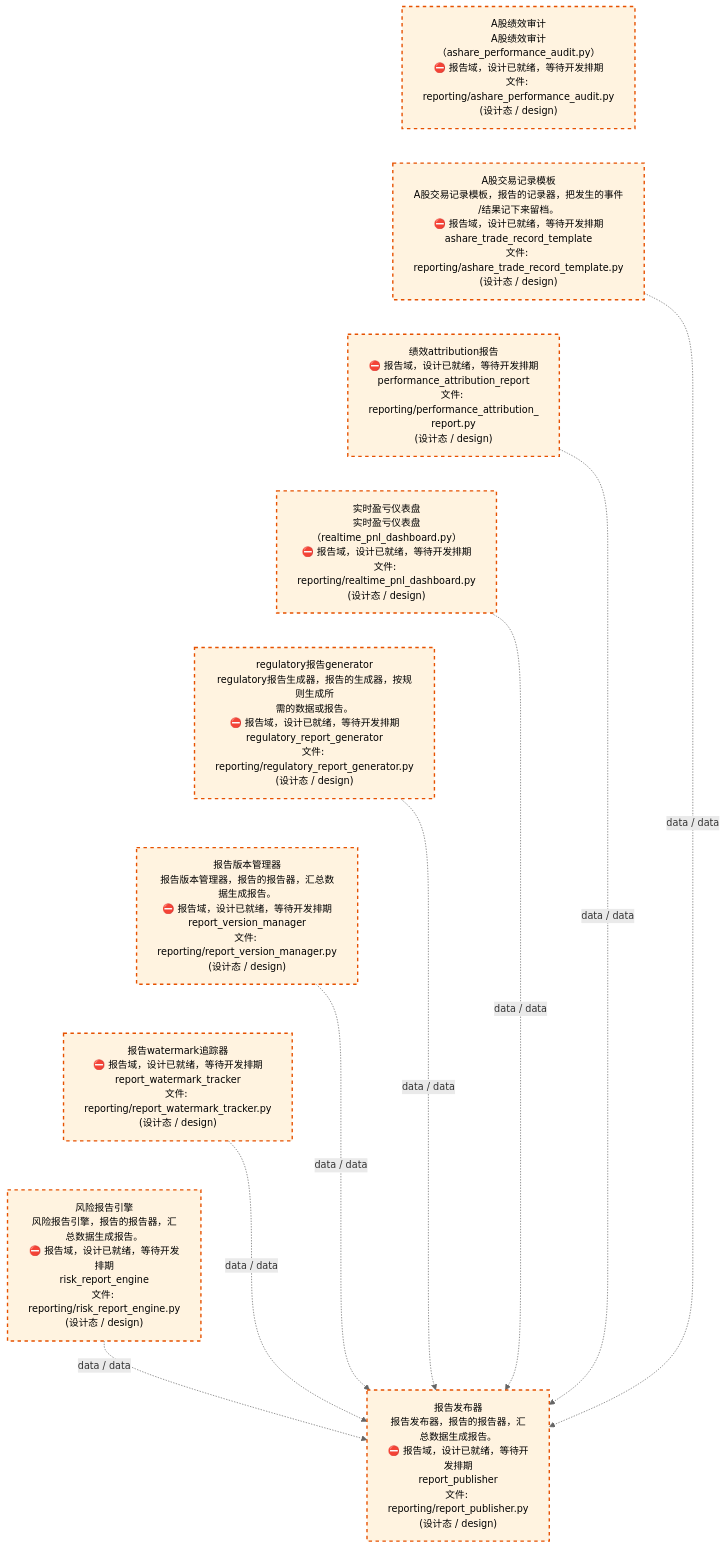
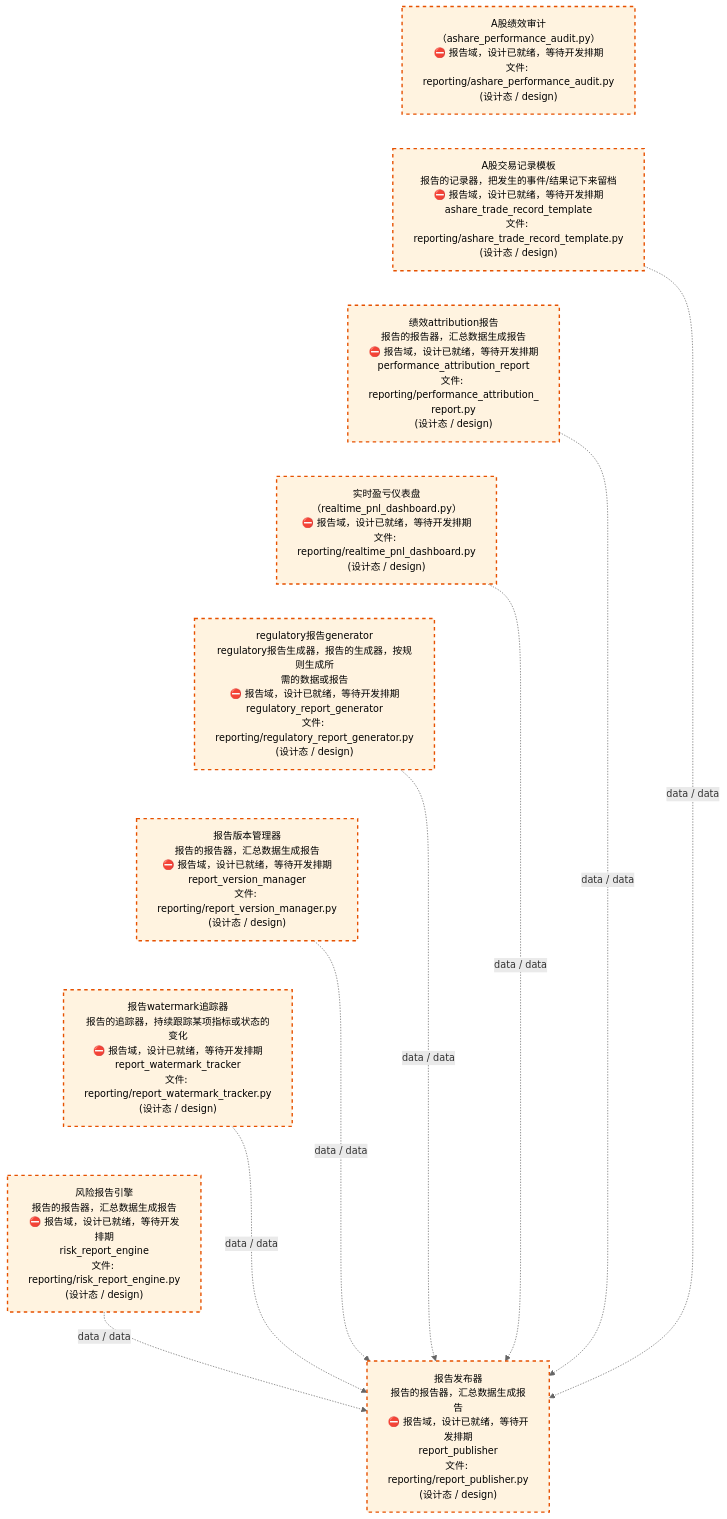
One commit to xuanFelixVan/ZephyrAlpha changed the third of 4 diagrams in docs/02_enterprise_architecture/02_domain_architecture_docs/26_d_reporting.md. Above: the diagram before and after it, drawn with Mermaid. The commit also changed other lines of this file and 63 other files, not shown here.

````diff
--- a/docs/02_enterprise_architecture/02_domain_architecture_docs/26_d_reporting.md
+++ b/docs/02_enterprise_architecture/02_domain_architecture_docs/26_d_reporting.md
@@ -137,32 +137,32 @@
 ```mermaid
 %%{init: {'theme': 'base', 'themeVariables': {'primaryColor': '#eaeaea', 'primaryTextColor': '#333333', 'primaryBorderColor': '#666666', 'lineColor': '#666666', 'secondaryColor': '#eaeaea', 'tertiaryColor': '#eaeaea', 'fontSize': '14px'}}}%%
 flowchart TD
-    src_zephyr_reporting_ashare_performance_audit_py["A股绩效审计<br/>A股绩效审计（ashare_performance_audit.py）<br/>⛔ 报告域，设计已就绪，等待开发排期<br/>文件: reporting/ashare_performance_audit.py<br/>(设计态 / design)"]
-    src_zephyr_reporting_ashare_trade_record_template_py["A股交易记录模板<br/>A股交易记录模板，报告的记录器，把发生的事件<br/>/结果记下来留档。<br/>⛔ 报告域，设计已就绪，等待开发排期<br/>ashare_trade_record_template<br/>文件: reporting/ashare_trade_record_template.py<br/>(设计态 / design)"]
-    src_zephyr_reporting_performance_attribution_report_py["绩效attribution报告<br/>⛔ 报告域，设计已就绪，等待开发排期<br/>performance_attribution_report<br/>文件: reporting/performance_attribution_<br/>report.py<br/>(设计态 / design)"]
-    src_zephyr_reporting_realtime_pnl_dashboard_py["实时盈亏仪表盘<br/>实时盈亏仪表盘（realtime_pnl_dashboard.py）<br/>⛔ 报告域，设计已就绪，等待开发排期<br/>文件: reporting/realtime_pnl_dashboard.py<br/>(设计态 / design)"]
-    src_zephyr_reporting_regulatory_report_generator_py["regulatory报告generator<br/>regulatory报告生成器，报告的生成器，按规则生成所<br/>需的数据或报告。<br/>⛔ 报告域，设计已就绪，等待开发排期<br/>regulatory_report_generator<br/>文件: reporting/regulatory_report_generator.py<br/>(设计态 / design)"]
-    src_zephyr_reporting_report_version_manager_py["报告版本管理器<br/>报告版本管理器，报告的报告器，汇总数据生成报告。<br/>⛔ 报告域，设计已就绪，等待开发排期<br/>report_version_manager<br/>文件: reporting/report_version_manager.py<br/>(设计态 / design)"]
-    src_zephyr_reporting_report_watermark_tracker_py["报告watermark追踪器<br/>⛔ 报告域，设计已就绪，等待开发排期<br/>report_watermark_tracker<br/>文件: reporting/report_watermark_tracker.py<br/>(设计态 / design)"]
-    src_zephyr_reporting_risk_report_engine_py["风险报告引擎<br/>风险报告引擎，报告的报告器，汇总数据生成报告。<br/>⛔ 报告域，设计已就绪，等待开发排期<br/>risk_report_engine<br/>文件: reporting/risk_report_engine.py<br/>(设计态 / design)"]
+    src_zephyr_reporting_ashare_performance_audit_py["A股绩效审计<br/>（ashare_performance_audit.py）<br/>⛔ 报告域，设计已就绪，等待开发排期<br/>文件: reporting/ashare_performance_audit.py<br/>(设计态 / design)"]
+    src_zephyr_reporting_ashare_trade_record_template_py["A股交易记录模板<br/>报告的记录器，把发生的事件/结果记下来留档<br/>⛔ 报告域，设计已就绪，等待开发排期<br/>ashare_trade_record_template<br/>文件: reporting/ashare_trade_record_template.py<br/>(设计态 / design)"]
+    src_zephyr_reporting_performance_attribution_report_py["绩效attribution报告<br/>报告的报告器，汇总数据生成报告<br/>⛔ 报告域，设计已就绪，等待开发排期<br/>performance_attribution_report<br/>文件: reporting/performance_attribution_<br/>report.py<br/>(设计态 / design)"]
+    src_zephyr_reporting_realtime_pnl_dashboard_py["实时盈亏仪表盘<br/>（realtime_pnl_dashboard.py）<br/>⛔ 报告域，设计已就绪，等待开发排期<br/>文件: reporting/realtime_pnl_dashboard.py<br/>(设计态 / design)"]
+    src_zephyr_reporting_regulatory_report_generator_py["regulatory报告generator<br/>regulatory报告生成器，报告的生成器，按规则生成所<br/>需的数据或报告<br/>⛔ 报告域，设计已就绪，等待开发排期<br/>regulatory_report_generator<br/>文件: reporting/regulatory_report_generator.py<br/>(设计态 / design)"]
+    src_zephyr_reporting_report_version_manager_py["报告版本管理器<br/>报告的报告器，汇总数据生成报告<br/>⛔ 报告域，设计已就绪，等待开发排期<br/>report_version_manager<br/>文件: reporting/report_version_manager.py<br/>(设计态 / design)"]
+    src_zephyr_reporting_report_watermark_tracker_py["报告watermark追踪器<br/>报告的追踪器，持续跟踪某项指标或状态的变化<br/>⛔ 报告域，设计已就绪，等待开发排期<br/>report_watermark_tracker<br/>文件: reporting/report_watermark_tracker.py<br/>(设计态 / design)"]
+    src_zephyr_reporting_risk_report_engine_py["风险报告引擎<br/>报告的报告器，汇总数据生成报告<br/>⛔ 报告域，设计已就绪，等待开发排期<br/>risk_report_engine<br/>文件: reporting/risk_report_engine.py<br/>(设计态 / design)"]
     src_zephyr_reporting_ashare_performance_audit_py ~~~ src_zephyr_reporting_ashare_trade_record_template_py
     src_zephyr_reporting_ashare_trade_record_template_py ~~~ src_zephyr_reporting_performance_attribution_report_py
     src_zephyr_reporting_performance_attribution_report_py ~~~ src_zephyr_reporting_realtime_pnl_dashboard_py
     src_zephyr_reporting_realtime_pnl_dashboard_py ~~~ src_zephyr_reporting_regulatory_report_generator_py
     src_zephyr_reporting_regulatory_report_generator_py ~~~ src_zephyr_reporting_report_version_manager_py
     src_zephyr_reporting_report_version_manager_py ~~~ src_zephyr_reporting_report_watermark_tracker_py
     src_zephyr_reporting_report_watermark_tracker_py ~~~ src_zephyr_reporting_risk_report_engine_py
-    src_zephyr_reporting_report_publisher_py["报告发布器<br/>报告发布器，报告的报告器，汇总数据生成报告。<br/>⛔ 报告域，设计已就绪，等待开发排期<br/>report_publisher<br/>文件: reporting/report_publisher.py<br/>(设计态 / design)"]
+    src_zephyr_reporting_report_publisher_py["报告发布器<br/>报告的报告器，汇总数据生成报告<br/>⛔ 报告域，设计已就绪，等待开发排期<br/>report_publisher<br/>文件: reporting/report_publisher.py<br/>(设计态 / design)"]
     src_zephyr_reporting_ashare_trade_record_template_py -.->|data / data| src_zephyr_reporting_report_publisher_py
     src_zephyr_reporting_realtime_pnl_dashboard_py -.->|data / data| src_zephyr_reporting_report_publisher_py
     src_zephyr_reporting_regulatory_report_generator_py -.->|data / data| src_zephyr_reporting_report_publisher_py
     src_zephyr_reporting_risk_report_engine_py -.->|data / data| src_zephyr_reporting_report_publisher_py
     src_zephyr_reporting_report_version_manager_py -.->|data / data| src_zephyr_reporting_report_publisher_py
     src_zephyr_reporting_performance_attribution_report_py -.->|data / data| src_zephyr_reporting_report_publisher_py
     src_zephyr_reporting_report_watermark_tracker_py -.->|data / data| src_zephyr_reporting_report_publisher_py
     classDef production fill:#e1f5fe,stroke:#01579b,stroke-width:2px,color:#000
     classDef design fill:#fff3e0,stroke:#e65100,stroke-width:2px,color:#000,stroke-dasharray: 5 5
     classDef external_prod fill:#e8f4fd,stroke:#0277bd,stroke-width:1px,color:#000
     classDef external_design fill:#fff8e7,stroke:#ef6c00,stroke-width:1px,color:#000,stroke-dasharray: 5 5
     class src_zephyr_reporting_ashare_performance_audit_py,src_zephyr_reporting_ashare_trade_record_template_py,src_zephyr_reporting_performance_attribution_report_py,src_zephyr_reporting_realtime_pnl_dashboard_py,src_zephyr_reporting_regulatory_report_generator_py,src_zephyr_reporting_report_publisher_py,src_zephyr_reporting_report_version_manager_py,src_zephyr_reporting_report_watermark_tracker_py,src_zephyr_reporting_risk_report_engine_py design
 ```
````
